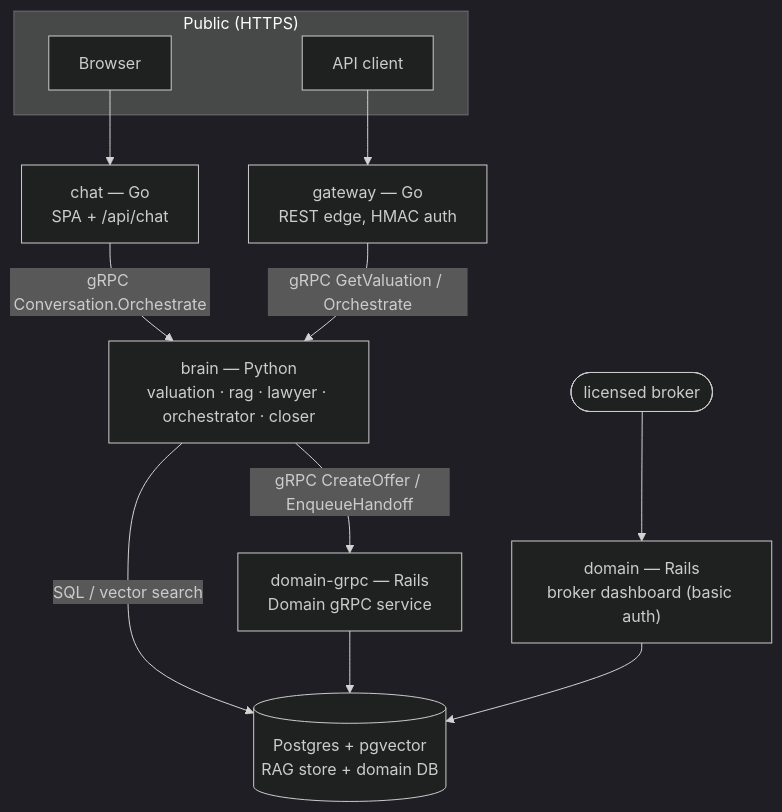
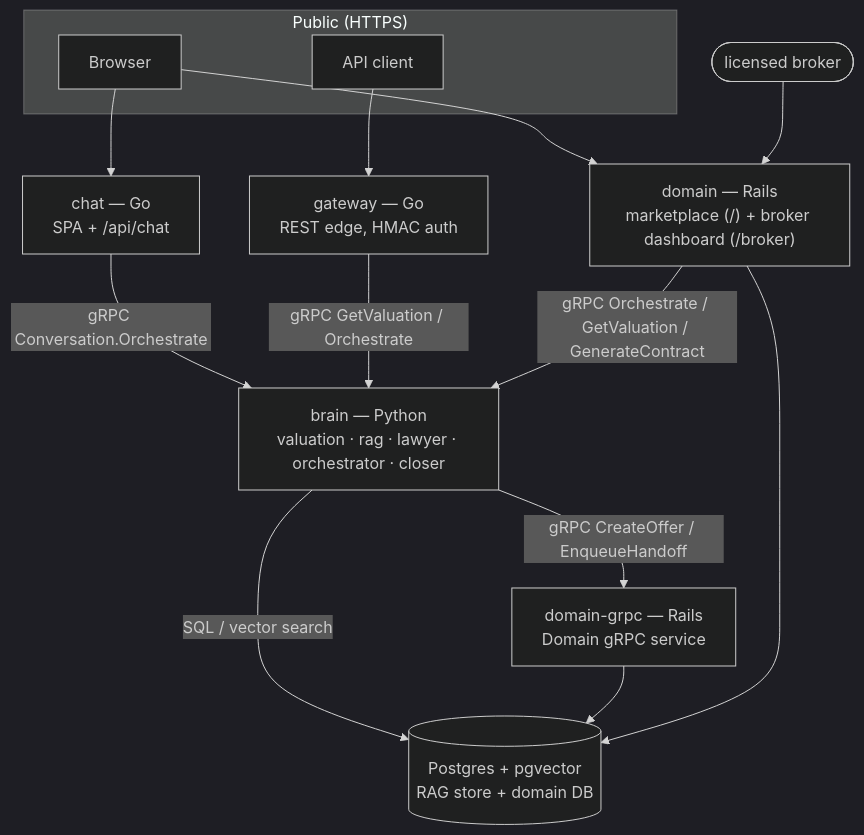
One commit to rikkiiwang/ai-real-estate-agent changed the first of 4 diagrams in docs/ARCHITECTURE.md. Above: the diagram before and after it, drawn with Mermaid (dark theme). The commit also changed other lines of this file and 4 other files, not shown here.

First line of the commit message:
docs: align README/ARCHITECTURE/DEPLOY with the consumer marketplace + ready deploy for public are-domain

````diff
--- a/docs/ARCHITECTURE.md
+++ b/docs/ARCHITECTURE.md
@@ -61,24 +61,26 @@
 ```mermaid
 flowchart TB
   subgraph Public["Public (HTTPS)"]
     B["Browser"]
     API["API client"]
   end
 
   CHAT["chat — Go<br/>SPA + /api/chat"]
   GW["gateway — Go<br/>REST edge, HMAC auth"]
   BRAIN["brain — Python<br/>valuation · rag · lawyer · orchestrator · closer"]
   DOMG["domain-grpc — Rails<br/>Domain gRPC service"]
-  DASH["domain — Rails<br/>broker dashboard (basic auth)"]
+  DASH["domain — Rails<br/>marketplace (/) + broker dashboard (/broker)"]
   DB[("Postgres + pgvector<br/>RAG store + domain DB")]
 
   B --> CHAT
+  B --> DASH
   API --> GW
   CHAT -->|"gRPC Conversation.Orchestrate"| BRAIN
   GW -->|"gRPC GetValuation / Orchestrate"| BRAIN
+  DASH -->|"gRPC Orchestrate / GetValuation / GenerateContract"| BRAIN
   BRAIN -->|"gRPC CreateOffer / EnqueueHandoff"| DOMG
   BRAIN -->|"SQL / vector search"| DB
   DOMG --> DB
   DASH --> DB
   broker(["licensed broker"]) --> DASH
 ```
````
